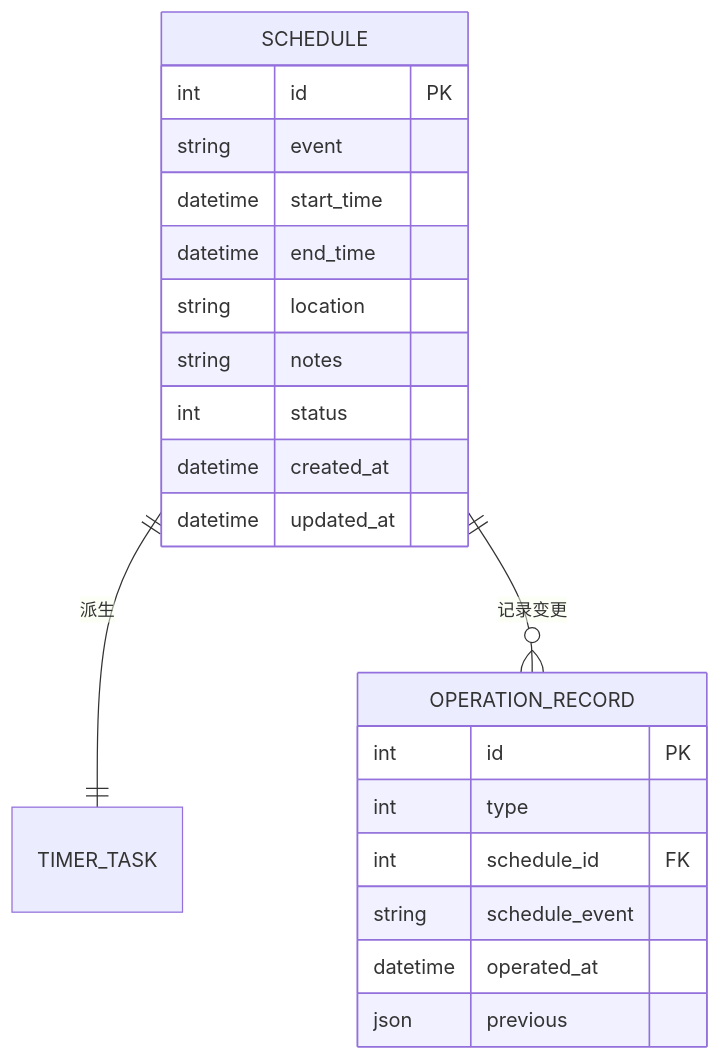
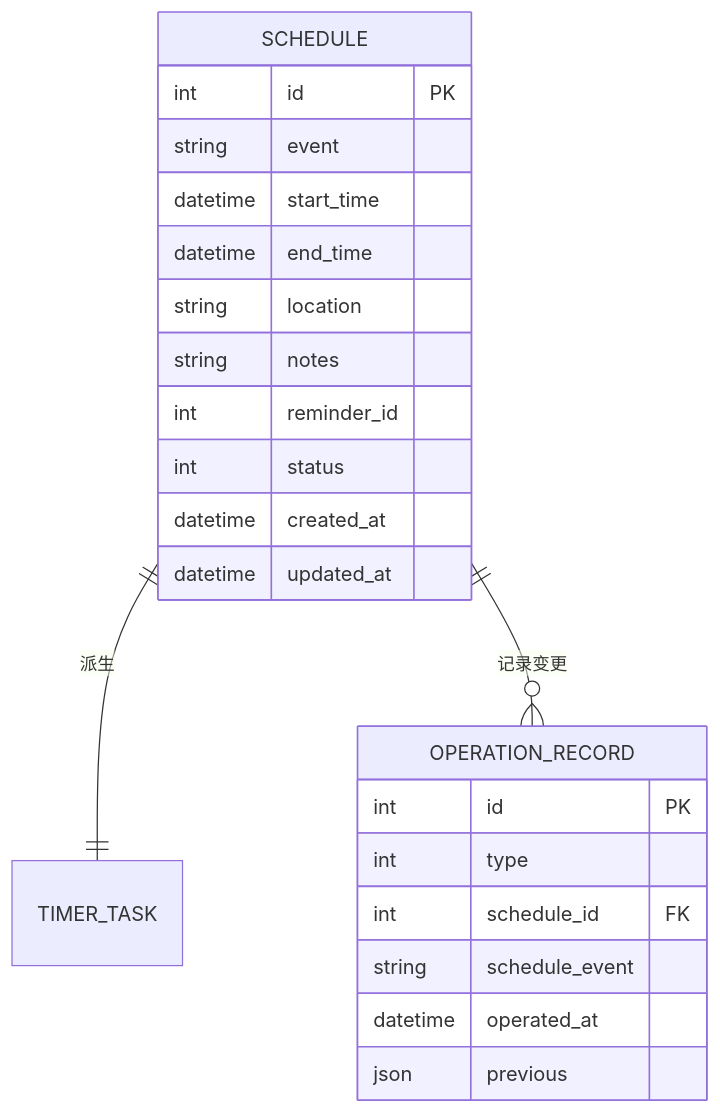
One commit to 1024XEngineer/VoiceLife changed the fourth of 5 diagrams in docs/整体架构设计format.md. Above: the diagram before and after it, drawn with Mermaid. The commit also changed other lines of this file, not shown here.

First line of the commit message:
docs(arch): align VoiceLife architecture with module designs

````diff
--- a/docs/整体架构设计format.md
+++ b/docs/整体架构设计format.md
@@ -448,26 +477,27 @@
 ```mermaid
 erDiagram
   SCHEDULE ||--|| TIMER_TASK : "派生"
   SCHEDULE ||--o{ OPERATION_RECORD : "记录变更"
 
   SCHEDULE {
     int id PK
     string event
     datetime start_time
     datetime end_time
     string location
     string notes
+    int reminder_id
     int status
     datetime created_at
     datetime updated_at
   }
 
   OPERATION_RECORD {
     int id PK
     int type
     int schedule_id FK
     string schedule_event
     datetime operated_at
     json previous
   }
 ```
````
